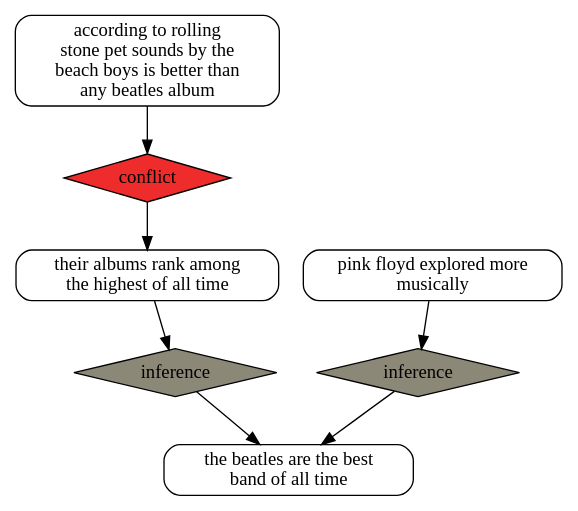
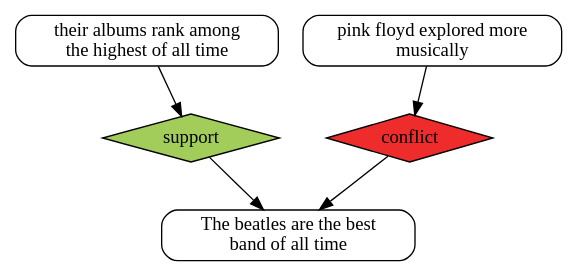
Before and after one commit to jonny-binns/Agree-To-Disagree: the diagram in out.dot, drawn with Graphviz. The commit also changed 9 other files, not shown here.

```diff
--- a/out.dot
+++ b/out.dot
@@ -1,14 +1,10 @@
-digraph SADFace {node [style="filled"]"8c3608ac-5fd3-4271-a625-b9b74b392444" [label="the beatles are the best\nband of all time"] [shape=box, style=rounded];
-"e24d2d21-daca-4da2-8e5e-1c571d1fe0c4" [label="inference"] [colorscheme=X11, fillcolor=cornsilk4, shape=diamond];
-"0a67e3ba-2e97-47fc-9d18-aa43690b6641" [label="their albums rank among\nthe highest of all time"] [shape=box, style=rounded];
-"ab6d518c-4869-422a-bd46-b69926e9db47" [label="inference"] [colorscheme=X11, fillcolor=cornsilk4, shape=diamond];
-"75d80e5d-33d4-498b-80b7-bdaaf6bbafba" [label="pink floyd explored more\nmusically"] [shape=box, style=rounded];
-"8f71137b-4cc9-46ec-b132-325f84bcbdab" [label="conflict"] [colorscheme=X11, fillcolor=firebrick2, shape=diamond];
-"97745395-7d32-459f-a540-0aa293b43a3c" [label="according to rolling\nstone pet sounds by the\nbeach boys is better than\nany beatles album"] [shape=box, style=rounded];
-"e24d2d21-daca-4da2-8e5e-1c571d1fe0c4" -> "8c3608ac-5fd3-4271-a625-b9b74b392444";
-"0a67e3ba-2e97-47fc-9d18-aa43690b6641" -> "e24d2d21-daca-4da2-8e5e-1c571d1fe0c4";
-"ab6d518c-4869-422a-bd46-b69926e9db47" -> "8c3608ac-5fd3-4271-a625-b9b74b392444";
-"75d80e5d-33d4-498b-80b7-bdaaf6bbafba" -> "ab6d518c-4869-422a-bd46-b69926e9db47";
-"8f71137b-4cc9-46ec-b132-325f84bcbdab" -> "0a67e3ba-2e97-47fc-9d18-aa43690b6641";
-"97745395-7d32-459f-a540-0aa293b43a3c" -> "8f71137b-4cc9-46ec-b132-325f84bcbdab";
+digraph SADFace {node [style="filled"]"1f60989b-f02f-4fab-befc-0d25a71c6bb8" [label="The beatles are the best\nband of all time"] [shape=box, style=rounded];
+"c05edee8-e141-4000-8dd4-48821c2aebb3" [label="support"] [colorscheme=X11, fillcolor=darkolivegreen3, shape=diamond];
+"5e2ec11d-35e7-4773-9bb5-4a9b95a50660" [label="their albums rank among\nthe highest of all time"] [shape=box, style=rounded];
+"cb560c3c-0f60-4591-9071-4a9710939bf1" [label="conflict"] [colorscheme=X11, fillcolor=firebrick2, shape=diamond];
+"8c3d3477-cc4d-4644-9430-b16861cc4074" [label="pink floyd explored more\nmusically"] [shape=box, style=rounded];
+"c05edee8-e141-4000-8dd4-48821c2aebb3" -> "1f60989b-f02f-4fab-befc-0d25a71c6bb8";
+"5e2ec11d-35e7-4773-9bb5-4a9b95a50660" -> "c05edee8-e141-4000-8dd4-48821c2aebb3";
+"cb560c3c-0f60-4591-9071-4a9710939bf1" -> "1f60989b-f02f-4fab-befc-0d25a71c6bb8";
+"8c3d3477-cc4d-4644-9430-b16861cc4074" -> "cb560c3c-0f60-4591-9071-4a9710939bf1";
 }
```
